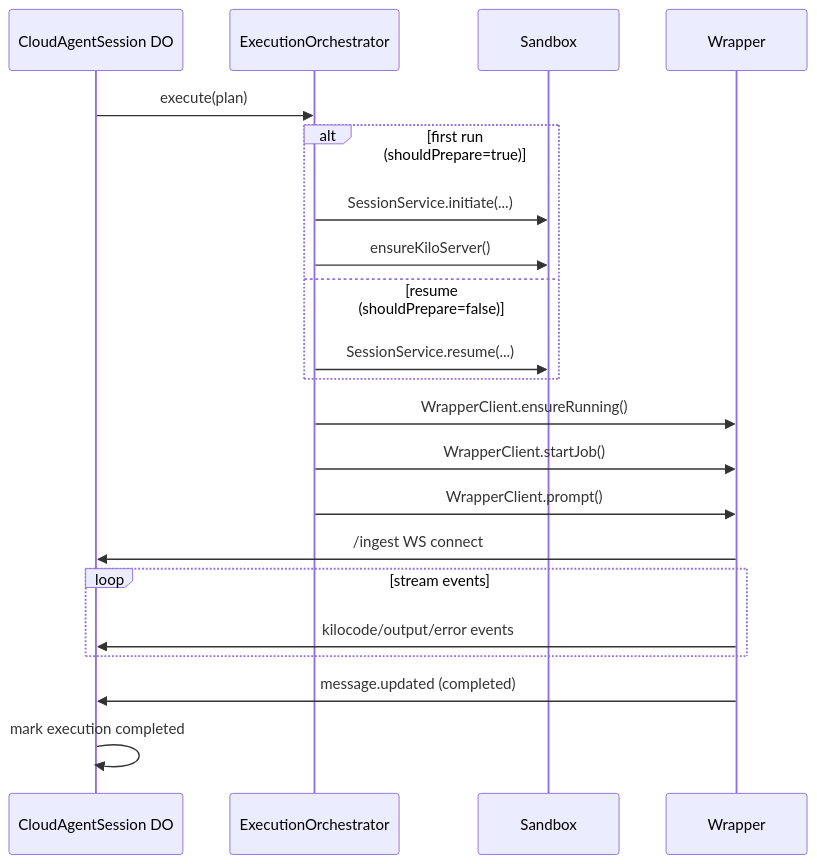
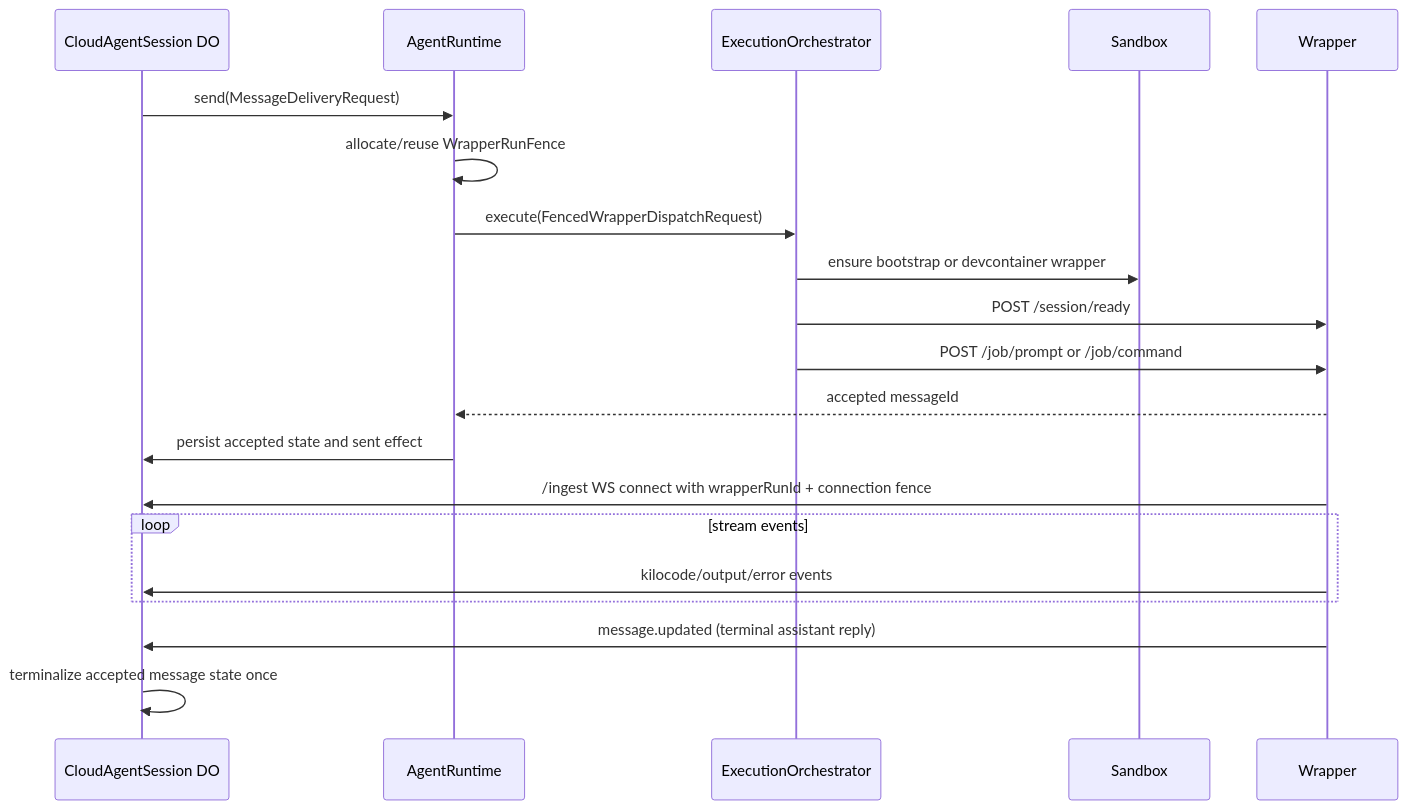
Before and after one commit to Kilo-Org/cloud: the third of 9 diagrams in services/cloud-agent-next/docs/diagrams.md, drawn with Mermaid. The commit also changed other lines of this file and 56 other files, not shown here.

Commit message:
fix(cloud-agent-next): enforce durable message admission invariants

````diff
--- a/services/cloud-agent-next/docs/diagrams.md
+++ b/services/cloud-agent-next/docs/diagrams.md
@@ -53,27 +81,24 @@
 ```mermaid
 sequenceDiagram
   participant DO as CloudAgentSession DO
+  participant Runtime as AgentRuntime
   participant Orch as ExecutionOrchestrator
   participant SB as Sandbox
   participant Wrap as Wrapper
 
-  DO->>Orch: execute(plan)
+  DO->>Runtime: send(MessageDeliveryRequest)
+  Runtime->>Runtime: allocate/reuse WrapperRunFence
+  Runtime->>Orch: execute(FencedWrapperDispatchRequest)
+  Orch->>SB: ensure bootstrap or devcontainer wrapper
+  Orch->>Wrap: POST /session/ready
+  Orch->>Wrap: POST /job/prompt or /job/command
+  Wrap-->>Runtime: accepted messageId
+  Runtime->>DO: persist accepted state and sent effect
 
-  alt first run (shouldPrepare=true)
-    Orch->>SB: SessionService.initiate(...)
-    Orch->>SB: ensureKiloServer()
-  else resume (shouldPrepare=false)
-    Orch->>SB: SessionService.resume(...)
-  end
-
-  Orch->>Wrap: WrapperClient.ensureRunning()
-  Orch->>Wrap: WrapperClient.startJob()
-  Orch->>Wrap: WrapperClient.prompt()
-
-  Wrap->>DO: /ingest WS connect
+  Wrap->>DO: /ingest WS connect with wrapperRunId + connection fence
   loop stream events
     Wrap->>DO: kilocode/output/error events
   end
-  Wrap->>DO: message.updated (completed)
-  DO->>DO: mark execution completed
+  Wrap->>DO: message.updated (terminal assistant reply)
+  DO->>DO: terminalize accepted message state once
 ```
````
